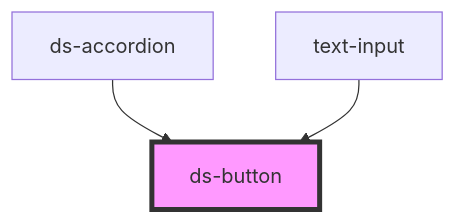
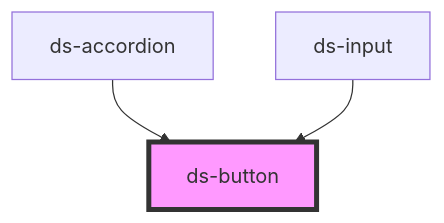
One commit to tmorrowdev/stencil-poc changed the diagram in libs/stencil/src/components/ds-button/readme.md. Above: the diagram before and after it, drawn with Mermaid. The commit also changed other lines of this file and 788 other files, not shown here.

````diff
--- a/libs/stencil/src/components/ds-button/readme.md
+++ b/libs/stencil/src/components/ds-button/readme.md
@@ -27,6 +27,6 @@
 ```mermaid
 graph TD;
   ds-accordion --> ds-button
-  text-input --> ds-button
+  ds-input --> ds-button
   style ds-button fill:#f9f,stroke:#333,stroke-width:4px
 ```
````
